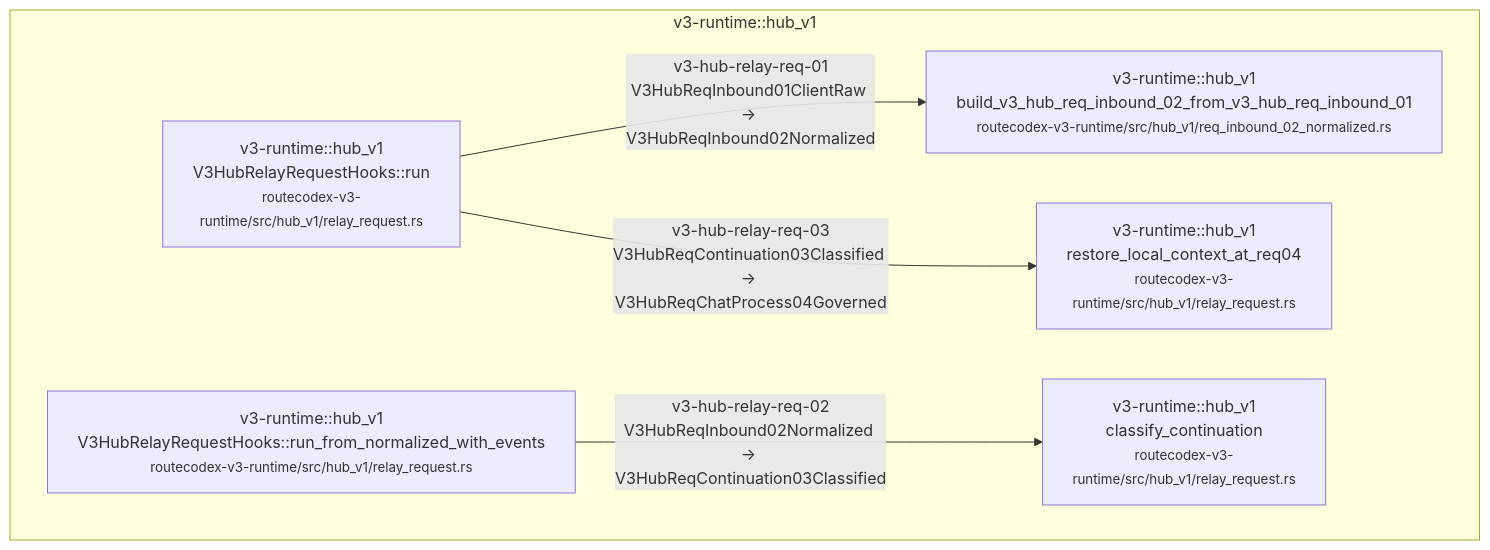
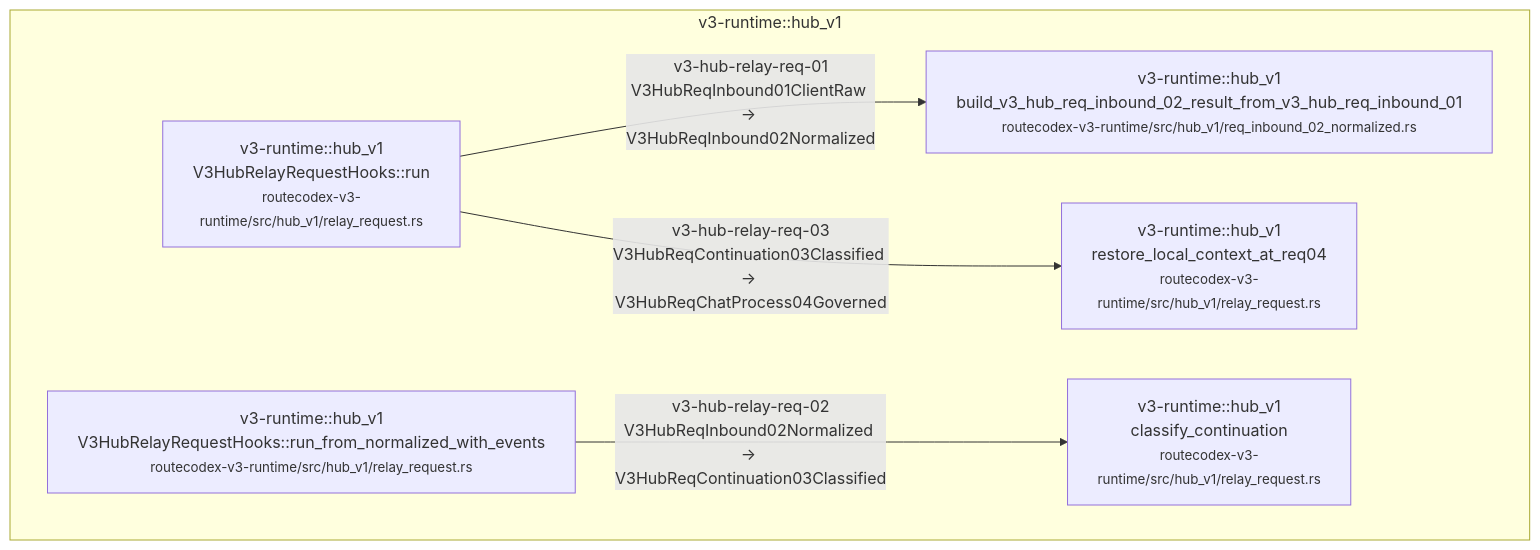
One commit to Jasonzhangf/routecodex changed diagram 14 of 55 in docs/architecture/wiki/v3-mainline-caller-flow.md. Above: the diagram before and after it, drawn with Mermaid. The commit also changed other lines of this file and 102 other files, not shown here.

````diff
--- a/docs/architecture/wiki/v3-mainline-caller-flow.md
+++ b/docs/architecture/wiki/v3-mainline-caller-flow.md
@@ -566,13 +569,13 @@
 ```mermaid
 flowchart TD
   subgraph c_12_v3_hub_pipeline_v1_relay_request_source_slice_m_v3_runtime__hub_v1["v3-runtime::hub_v1"]
     c_12_v3_hub_pipeline_v1_relay_request_source_slice_0["v3-runtime::hub_v1<br/>V3HubRelayRequestHooks::run<br/><small>routecodex-v3-runtime/src/hub_v1/relay_request.rs</small>"]
-    c_12_v3_hub_pipeline_v1_relay_request_source_slice_1["v3-runtime::hub_v1<br/>build_v3_hub_req_inbound_02_from_v3_hub_req_inbound_01<br/><small>routecodex-v3-runtime/src/hub_v1/req_inbound_02_normalized.rs</small>"]
+    c_12_v3_hub_pipeline_v1_relay_request_source_slice_1["v3-runtime::hub_v1<br/>build_v3_hub_req_inbound_02_result_from_v3_hub_req_inbound_01<br/><small>routecodex-v3-runtime/src/hub_v1/req_inbound_02_normalized.rs</small>"]
     c_12_v3_hub_pipeline_v1_relay_request_source_slice_2["v3-runtime::hub_v1<br/>V3HubRelayRequestHooks::run_from_normalized_with_events<br/><small>routecodex-v3-runtime/src/hub_v1/relay_request.rs</small>"]
     c_12_v3_hub_pipeline_v1_relay_request_source_slice_3["v3-runtime::hub_v1<br/>classify_continuation<br/><small>routecodex-v3-runtime/src/hub_v1/relay_request.rs</small>"]
     c_12_v3_hub_pipeline_v1_relay_request_source_slice_4["v3-runtime::hub_v1<br/>restore_local_context_at_req04<br/><small>routecodex-v3-runtime/src/hub_v1/relay_request.rs</small>"]
   end
   c_12_v3_hub_pipeline_v1_relay_request_source_slice_0 -->|v3-hub-relay-req-01<br/>V3HubReqInbound01ClientRaw → V3HubReqInbound02Normalized| c_12_v3_hub_pipeline_v1_relay_request_source_slice_1
   c_12_v3_hub_pipeline_v1_relay_request_source_slice_2 -->|v3-hub-relay-req-02<br/>V3HubReqInbound02Normalized → V3HubReqContinuation03Classified| c_12_v3_hub_pipeline_v1_relay_request_source_slice_3
   c_12_v3_hub_pipeline_v1_relay_request_source_slice_0 -->|v3-hub-relay-req-03<br/>V3HubReqContinuation03Classified → V3HubReqChatProcess04Governed| c_12_v3_hub_pipeline_v1_relay_request_source_slice_4
 ```
````
